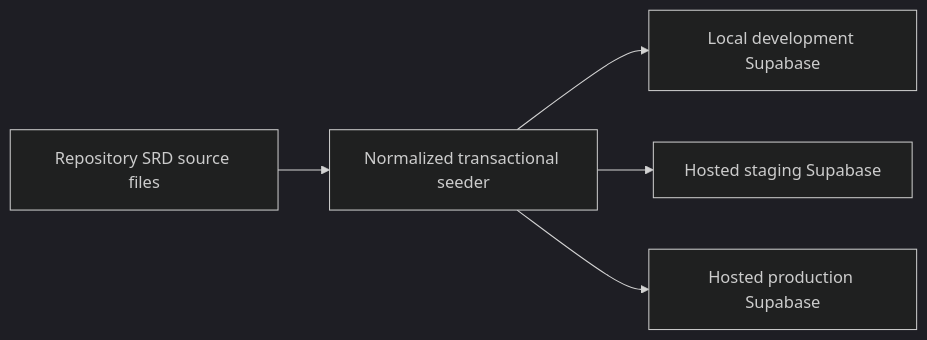
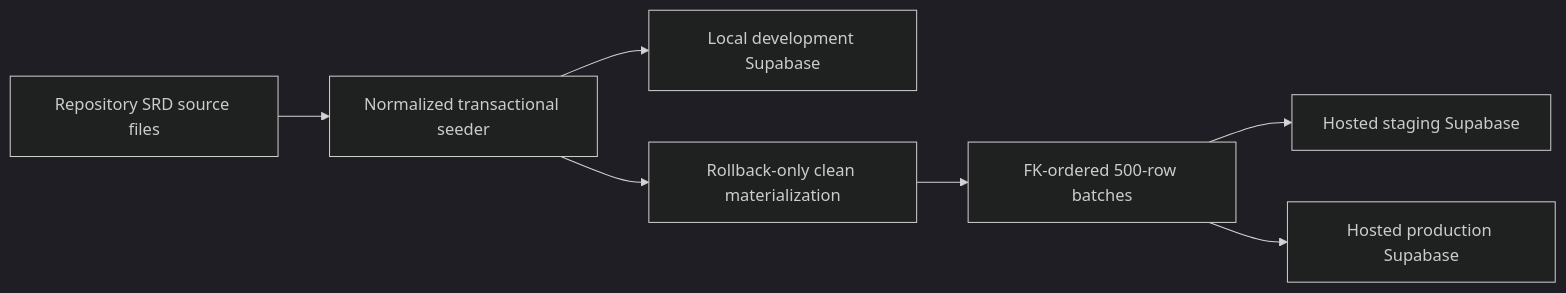
Before and after one commit to MPiland/artificer-toolkit: the diagram in supabase/README.md, drawn with Mermaid (dark theme). The commit also changed other lines of this file and 5 other files, not shown here.

````diff
--- a/supabase/README.md
+++ b/supabase/README.md
@@ -30,7 +30,9 @@
 ```mermaid
 flowchart LR
   S["Repository SRD source files"] --> N["Normalized transactional seeder"]
   N --> L["Local development Supabase"]
-  N --> T["Hosted staging Supabase"]
-  N --> P["Hosted production Supabase"]
+  N --> R["Rollback-only clean materialization"]
+  R --> B["FK-ordered 500-row batches"]
+  B --> T["Hosted staging Supabase"]
+  B --> P["Hosted production Supabase"]
 ```
````
